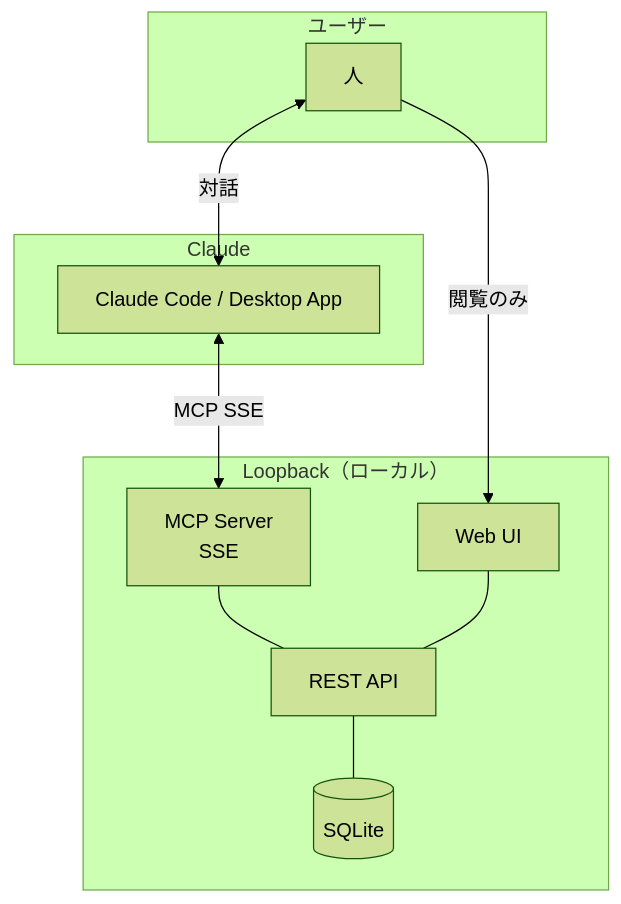
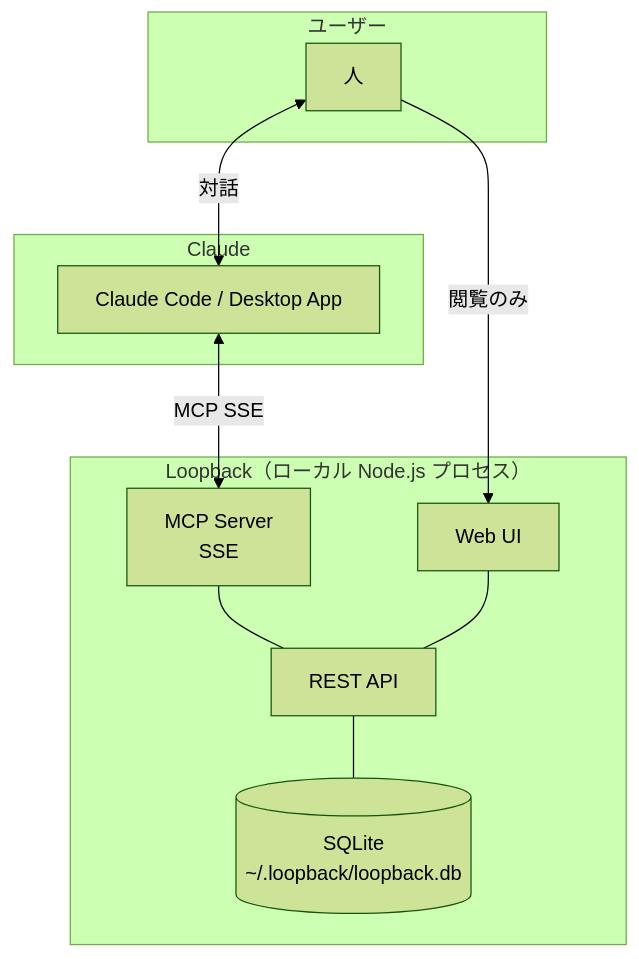
One commit to TokiyaHorikawa/loopback changed the diagram in docs/overview.md. Above: the diagram before and after it, drawn with Mermaid (forest theme). The commit also changed other lines of this file and 4 other files, not shown here.

````diff
--- a/docs/overview.md
+++ b/docs/overview.md
@@ -67,22 +67,22 @@
 ```mermaid
 graph TB
     subgraph User["ユーザー"]
         U[人]
     end
     subgraph Claude["Claude"]
         CC[Claude Code / Desktop App]
     end
-    subgraph Loopback["Loopback（ローカル）"]
+    subgraph Loopback["Loopback（ローカル Node.js プロセス）"]
         MCP[MCP Server\nSSE]
         API[REST API]
-        DB[(SQLite)]
+        DB[(SQLite\n~/.loopback/loopback.db)]
         WUI[Web UI]
     end
 
     U <-->|対話| CC
     CC <-->|MCP SSE| MCP
     MCP --- API
     API --- DB
     U -->|閲覧のみ| WUI
     WUI --- API
 ```
````
